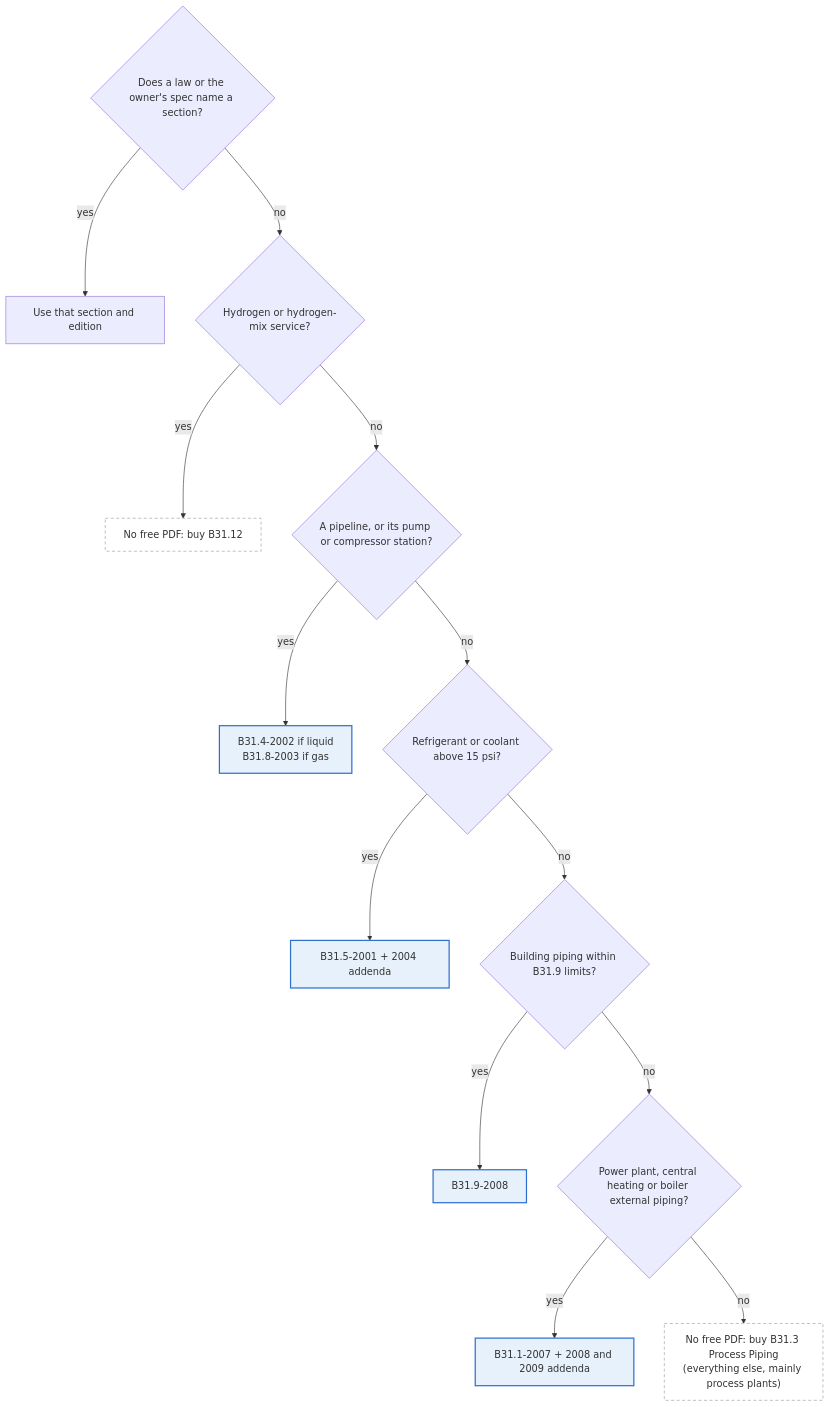
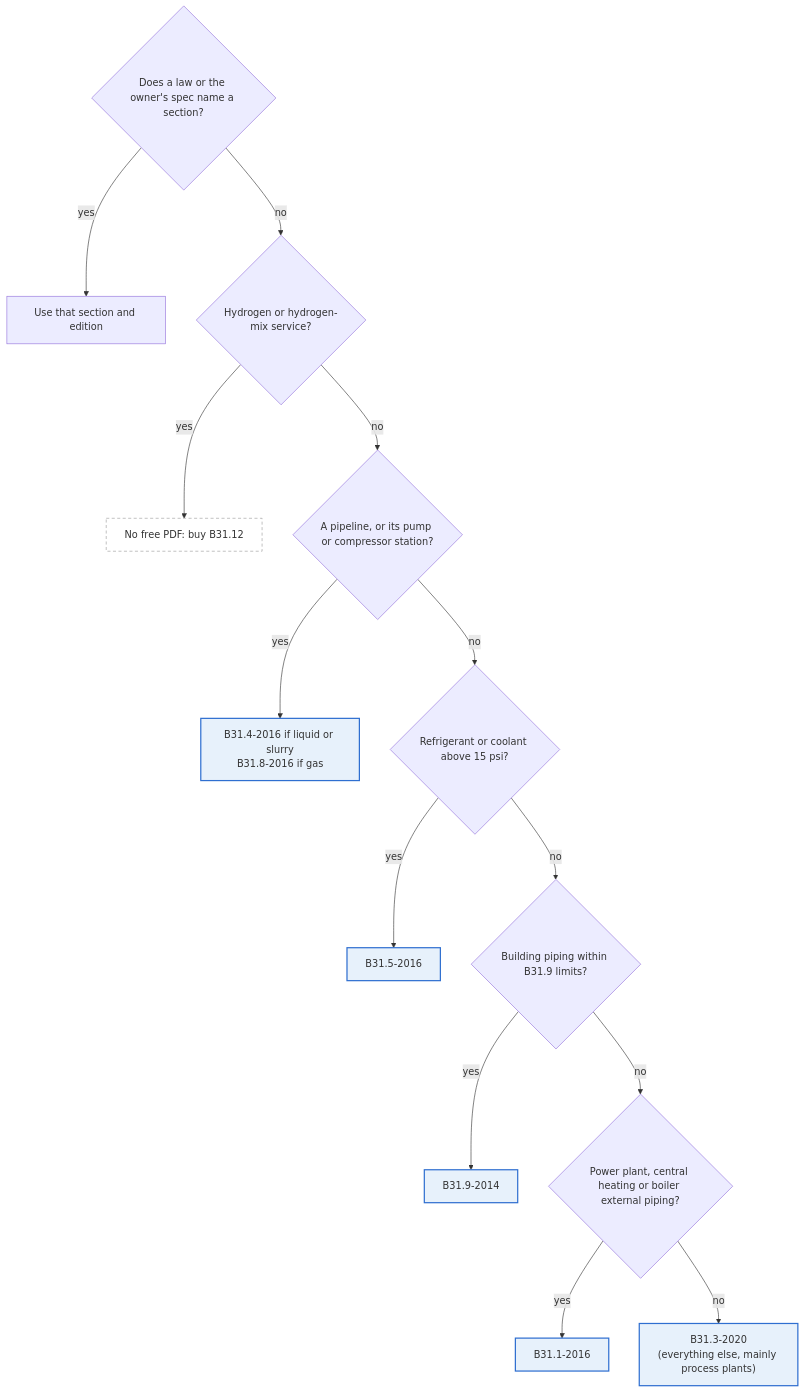
One commit to ArefAbdala/ASME-B31 changed the diagram in docs/selection-guide.md. Above: the diagram before and after it, drawn with Mermaid. The commit also changed other lines of this file and 22 other files, not shown here.

````diff
--- a/docs/selection-guide.md
+++ b/docs/selection-guide.md
@@ -9,19 +9,19 @@
 ```mermaid
 flowchart TD
     Q0{"Does a law or the owner's spec name a section?"} -- yes --> A0["Use that section and edition"]
     Q0 -- no --> Q1{"Hydrogen or hydrogen-mix service?"}
     Q1 -- yes --> A1["No free PDF: buy B31.12"]
     Q1 -- no --> Q2{"A pipeline, or its pump or compressor station?"}
-    Q2 -- yes --> A2["B31.4-2002 if liquid<br/>B31.8-2003 if gas"]
+    Q2 -- yes --> A2["B31.4-2016 if liquid or slurry<br/>B31.8-2016 if gas"]
     Q2 -- no --> Q3{"Refrigerant or coolant above 15 psi?"}
-    Q3 -- yes --> A3["B31.5-2001 + 2004 addenda"]
+    Q3 -- yes --> A3["B31.5-2016"]
     Q3 -- no --> Q4{"Building piping within B31.9 limits?"}
-    Q4 -- yes --> A4["B31.9-2008"]
+    Q4 -- yes --> A4["B31.9-2014"]
     Q4 -- no --> Q5{"Power plant, central heating or boiler external piping?"}
-    Q5 -- yes --> A5["B31.1-2007 + 2008 and 2009 addenda"]
-    Q5 -- no --> A6["No free PDF: buy B31.3 Process Piping<br/>(everything else, mainly process plants)"]
+    Q5 -- yes --> A5["B31.1-2016"]
+    Q5 -- no --> A6["B31.3-2020<br/>(everything else, mainly process plants)"]
     classDef pdf fill:#e7f1fb,stroke:#2f6fd0,stroke-width:2px;
     classDef nopdf fill:none,stroke:#999,stroke-dasharray:5 4;
-    class A2,A3,A4,A5 pdf;
-    class A1,A6 nopdf;
+    class A2,A3,A4,A5,A6 pdf;
+    class A1 nopdf;
 ```
````
